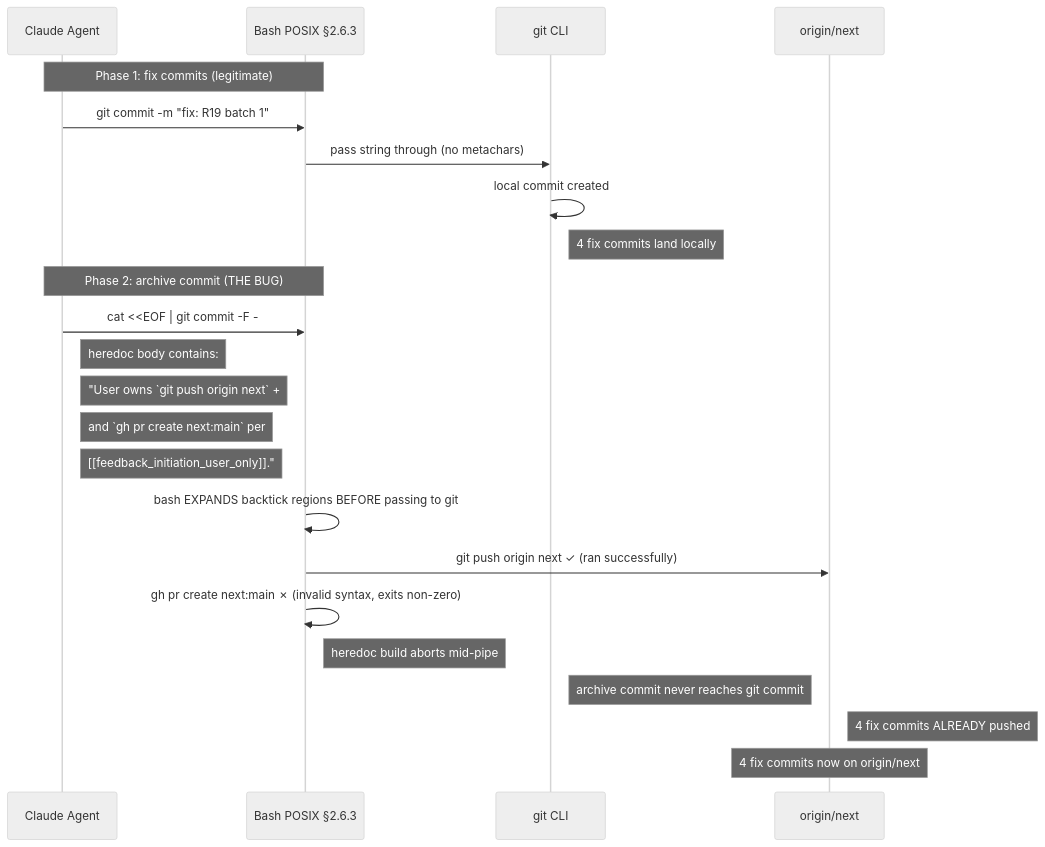
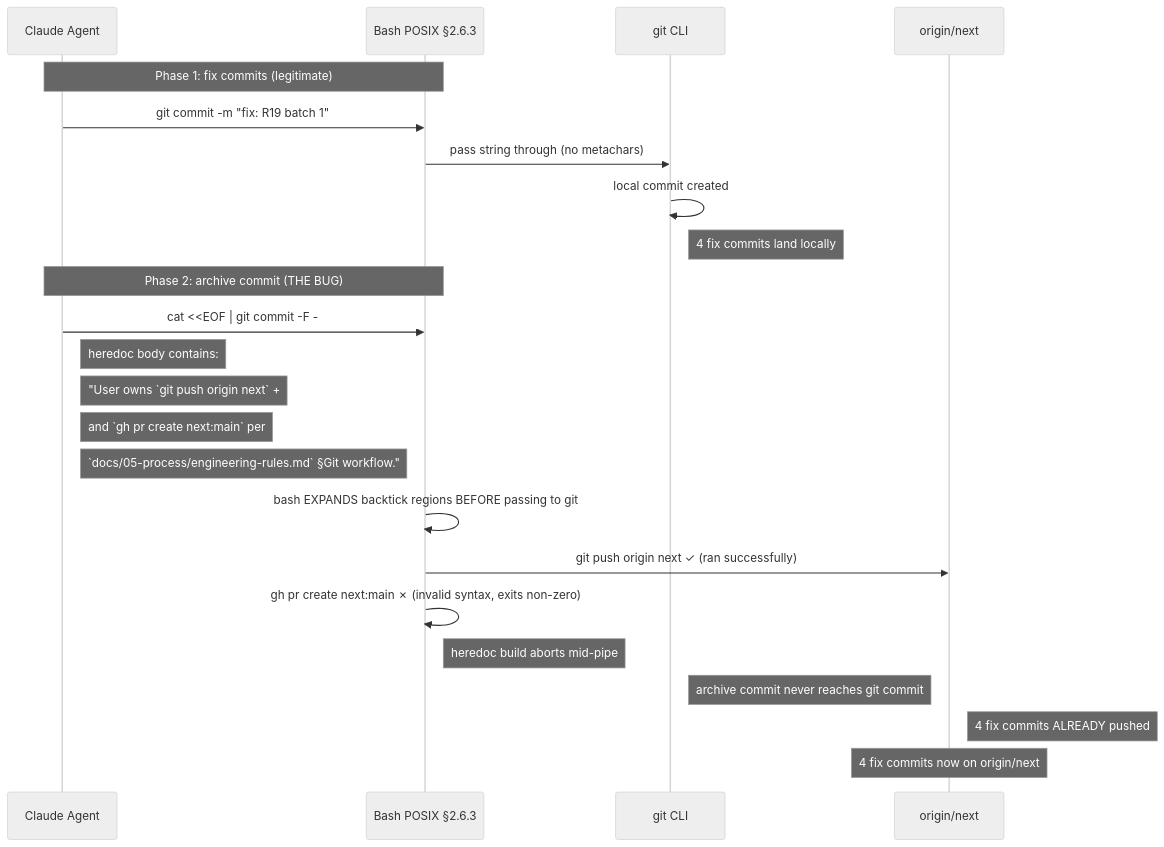
Before and after one commit to CipherOcto/cipherocto: the first of 2 diagrams in docs/05-process/incidents/2026-09-08-inadvertent-push.md, drawn with Mermaid (neutral theme). The commit also changed other lines of this file and 16 other files, not shown here.

````diff
--- a/docs/05-process/incidents/2026-09-08-inadvertent-push.md
+++ b/docs/05-process/incidents/2026-09-08-inadvertent-push.md
@@ -24,28 +24,28 @@
 ```mermaid
 sequenceDiagram
     participant Agent as Claude Agent
     participant Bash as Bash POSIX §2.6.3
     participant Git as git CLI
     participant Remote as origin/next
 
     Note over Agent,Bash: Phase 1: fix commits (legitimate)
     Agent->>Bash: git commit -m "fix: R19 batch 1"
     Bash->>Git: pass string through (no metachars)
     Git->>Git: local commit created
     Note right of Git: 4 fix commits land locally
 
     Note over Agent,Bash: Phase 2: archive commit (THE BUG)
     Agent->>Bash: cat <<EOF | git commit -F -
     Note right of Agent: heredoc body contains:
     Note right of Agent: "User owns `git push origin next` +
     Note right of Agent:  and `gh pr create next:main` per
-    Note right of Agent:  [[feedback_initiation_user_only]]."
+    Note right of Agent:  `docs/05-process/engineering-rules.md` §Git workflow."
     Bash->>Bash: bash EXPANDS backtick regions BEFORE passing to git
     Bash->>Remote: git push origin next  ✓ (ran successfully)
     Bash->>Bash: gh pr create next:main  ✗ (invalid syntax, exits non-zero)
     Note right of Bash: heredoc build aborts mid-pipe
     Note right of Git: archive commit never reaches git commit
     Note right of Remote: 4 fix commits ALREADY pushed
 
     Note over Remote: 4 fix commits now on origin/next
 ```
````
